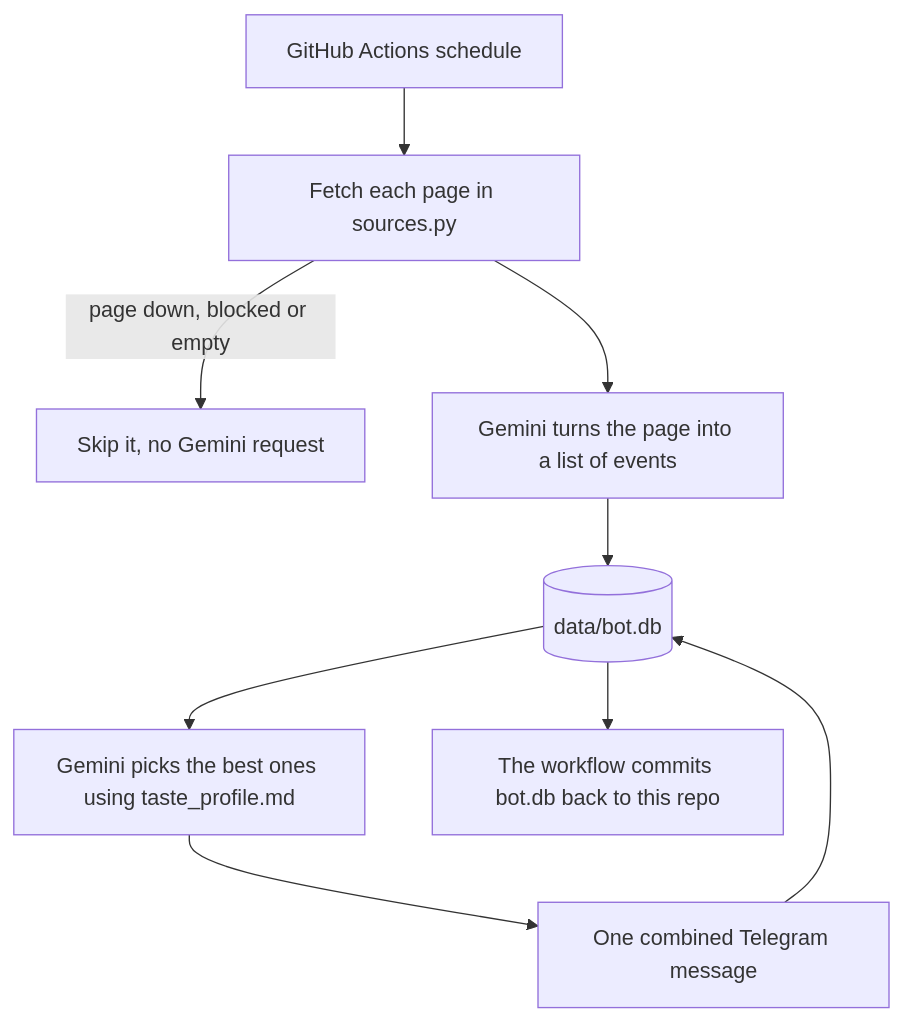
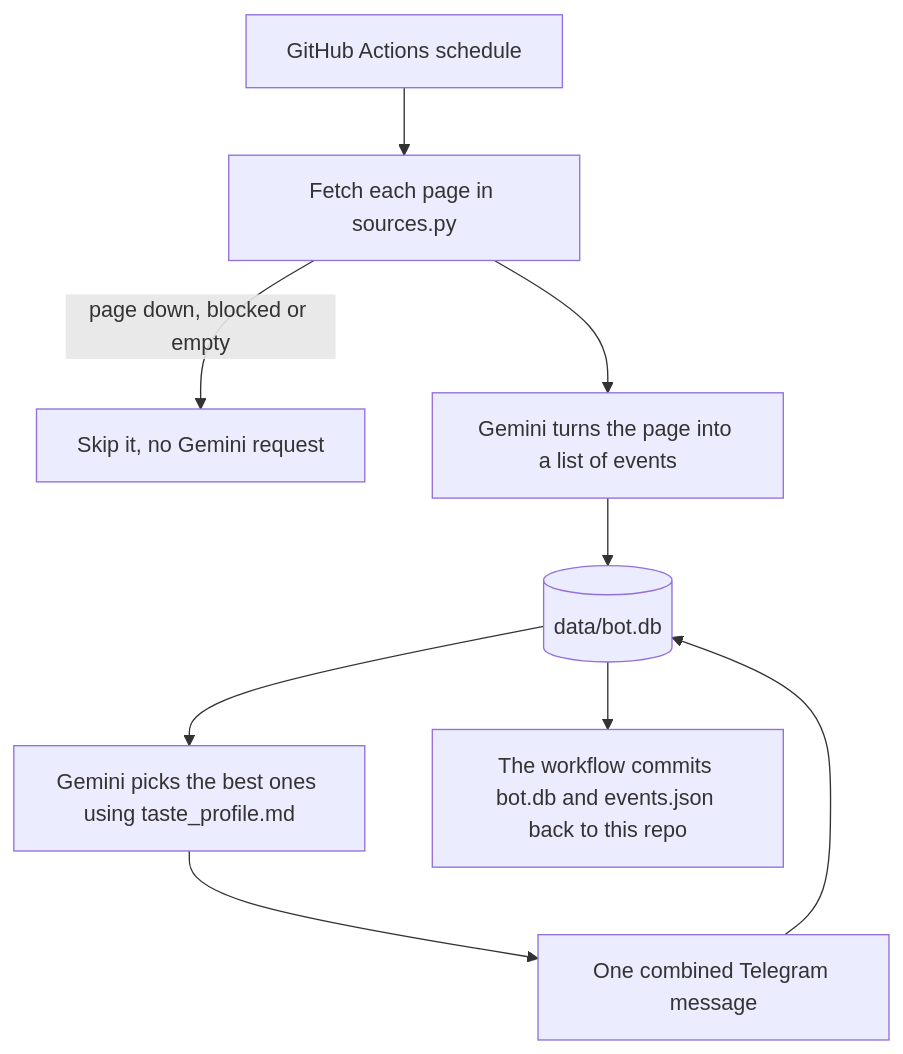
Before and after one commit to PhilipLeeMinTar/LePain_date_ideas_generator: the first of 2 diagrams in README.md, drawn with Mermaid. The commit also changed other lines of this file and 14 other files, not shown here.

````diff
--- a/README.md
+++ b/README.md
@@ -31,11 +32,11 @@
 ```mermaid
 flowchart TD
     cron["GitHub Actions schedule"] --> scrape["Fetch each page in sources.py"]
     scrape -->|"page down, blocked or empty"| skip["Skip it, no Gemini request"]
     scrape --> extract["Gemini turns the page into a list of events"]
     extract --> db[("data/bot.db")]
     db --> rank["Gemini picks the best ones using taste_profile.md"]
     rank --> post["One combined Telegram message"]
     post --> db
-    db --> save["The workflow commits bot.db back to this repo"]
+    db --> save["The workflow commits bot.db and events.json back to this repo"]
 ```
````
